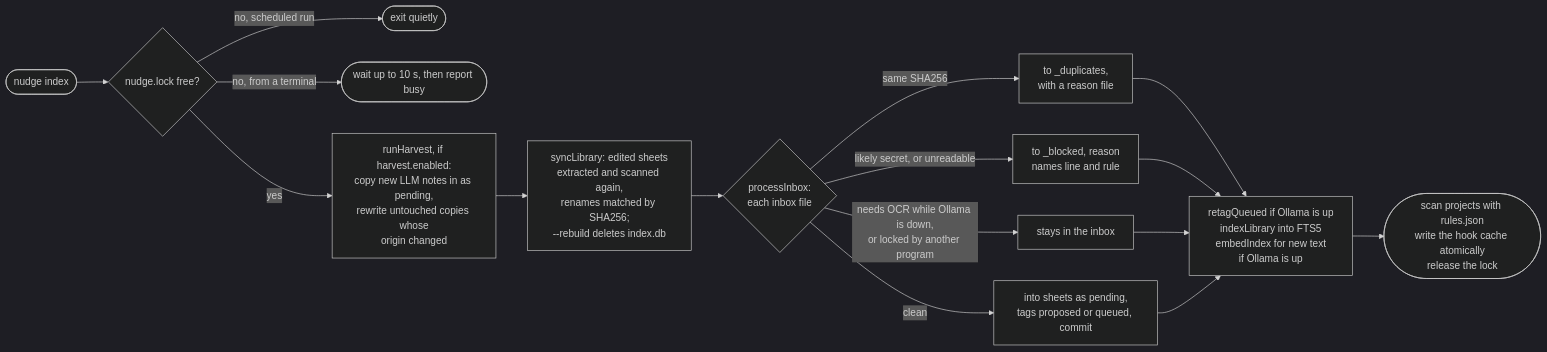
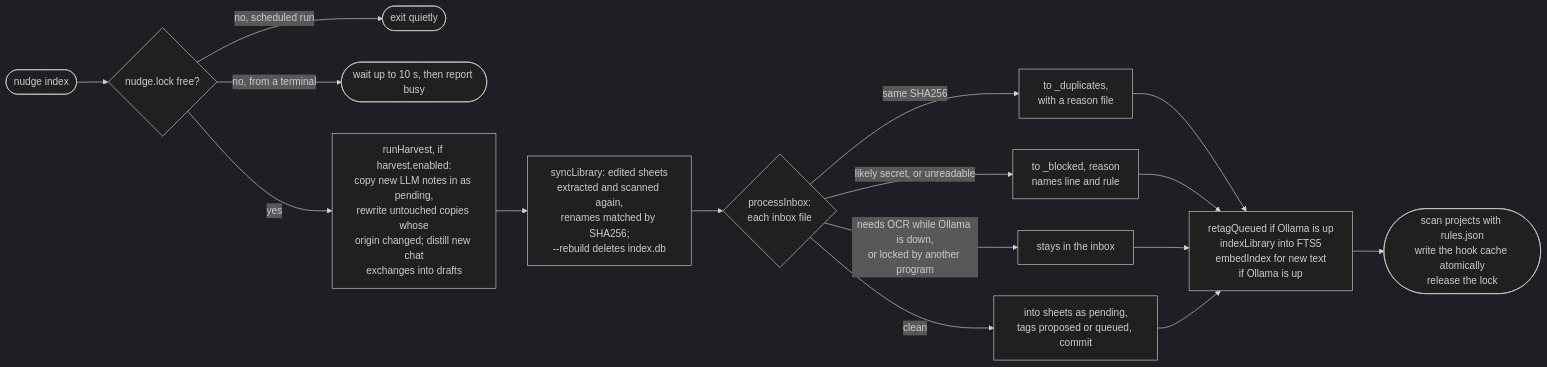
One commit to cgbot7/Nudge changed the fourth of 5 diagrams in docs/architecture.md. Above: the diagram before and after it, drawn with Mermaid (dark theme). The commit also changed other lines of this file and 17 other files, not shown here.

````diff
--- a/docs/architecture.md
+++ b/docs/architecture.md
@@ -152,18 +152,18 @@
 ```mermaid
 flowchart LR
   start(["nudge index"]) --> lock{"nudge.lock free?"}
   lock -->|"no, scheduled run"| quiet(["exit quietly"])
   lock -->|"no, from a terminal"| busy(["wait up to 10 s, then report busy"])
-  lock -->|yes| harvest["runHarvest, if harvest.enabled:<br/>copy new LLM notes in as pending,<br/>rewrite untouched copies whose<br/>origin changed"]
+  lock -->|yes| harvest["runHarvest, if harvest.enabled:<br/>copy new LLM notes in as pending,<br/>rewrite untouched copies whose<br/>origin changed; distill new chat<br/>exchanges into drafts"]
   harvest --> sync["syncLibrary: edited sheets<br/>extracted and scanned again,<br/>renames matched by SHA256;<br/>--rebuild deletes index.db"]
   sync --> kind{"processInbox:<br/>each inbox file"}
   kind -->|"same SHA256"| dup["to _duplicates,<br/>with a reason file"]
   kind -->|"likely secret, or unreadable"| blocked["to _blocked, reason<br/>names line and rule"]
   kind -->|"needs OCR while Ollama is down,<br/>or locked by another program"| waits["stays in the inbox"]
   kind -->|clean| imported["into sheets as pending,<br/>tags proposed or queued, commit"]
   dup --> work
   blocked --> work
   waits --> work
   imported --> work["retagQueued if Ollama is up<br/>indexLibrary into FTS5<br/>embedIndex for new text<br/>if Ollama is up"]
   work --> cache(["scan projects with rules.json<br/>write the hook cache atomically<br/>release the lock"])
 ```
````
